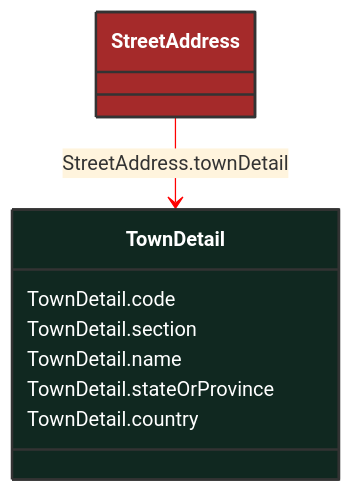
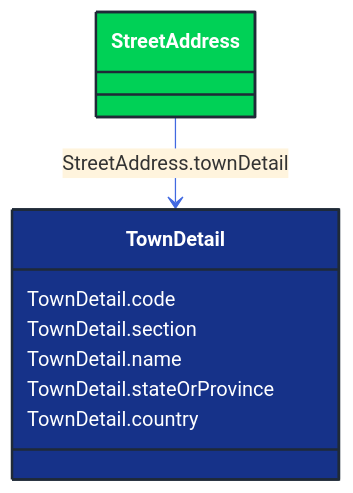
Before and after one commit to 3lbits/NoCIMExtensions: the diagram in docs/Models/Profiles/GeographicalLocation/ConcreteClasses/TownDetail.md, drawn with Mermaid. The commit also changed 362 other files, not shown here.

First line of the commit message:
Update diagrams and styles for improved visual consistency

````diff
--- a/docs/Models/Profiles/GeographicalLocation/ConcreteClasses/TownDetail.md
+++ b/docs/Models/Profiles/GeographicalLocation/ConcreteClasses/TownDetail.md
@@ -8,21 +8,21 @@
 ```mermaid
-%%{init: {'theme':'base','themeVariables': {'lineColor': '#FF0000'}}}%%
+%%{init: {'theme':'base','themeVariables': {'lineColor': '#4169E1'}}}%%
 classDiagram
     class TownDetail
     click TownDetail href "/Models/Profiles/GeographicalLocation/ConcreteClasses/TownDetail/"
-    style TownDetail fill:#102820,stroke:#333,stroke-width:2px,rx:10,ry:10,color:white
+    style TownDetail fill:#163289,stroke:#1F2A37,stroke-width:2px,rx:10,ry:10,color:white
 
 
         StreetAddress --> TownDetail : StreetAddress.townDetail
 
         StreetAddress
             click StreetAddress href "/Models/Profiles/GeographicalLocation/ConcreteClasses/StreetAddress/"
-            style StreetAddress fill:#A52A2A,stroke:#333,stroke-width:2px,rx:10,ry:10,color:white
+            style StreetAddress fill:#00D156,stroke:#1F2A37,stroke-width:2px,rx:10,ry:10,color:white
 
 
         TownDetail : TownDetail.code
         TownDetail : TownDetail.section
         TownDetail : TownDetail.name
         TownDetail : TownDetail.stateOrProvince
         TownDetail : TownDetail.country
 ```
````
